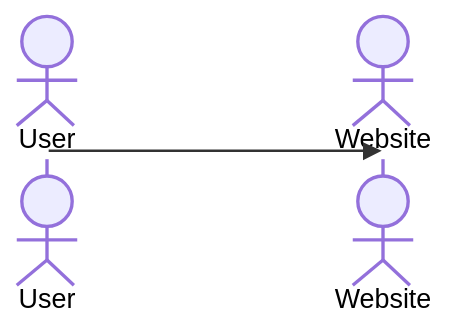
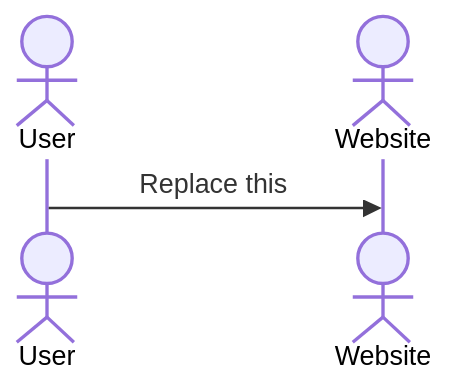
The diagram in README.md (SpencerG-BYU/startup), drawn with Mermaid before and after one commit.

Commit message:
even more experimenting

````diff
--- a/README.md
+++ b/README.md
@@ -34,7 +34,7 @@
 ```mermaid
 sequenceDiagram
     actor User
     actor Website
-    User->>Website:
+    User->>Website: Replace this
 
 ```
````
